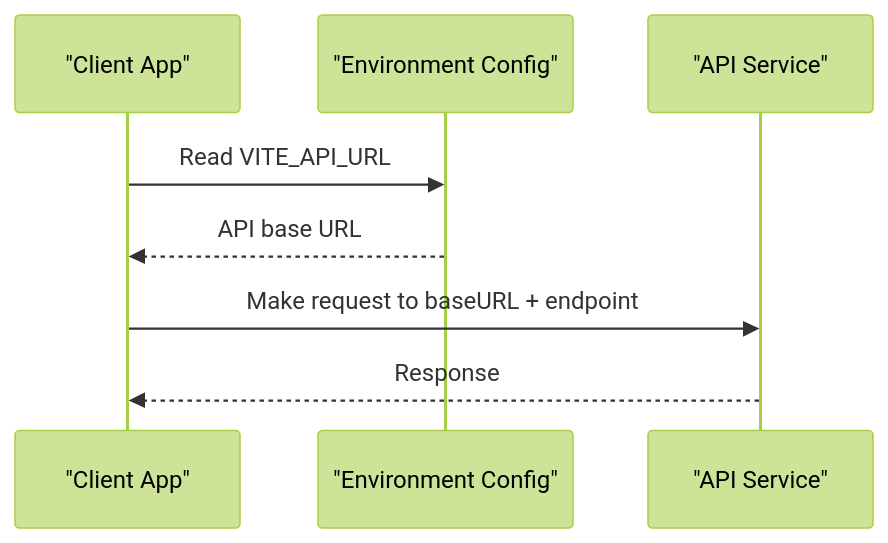
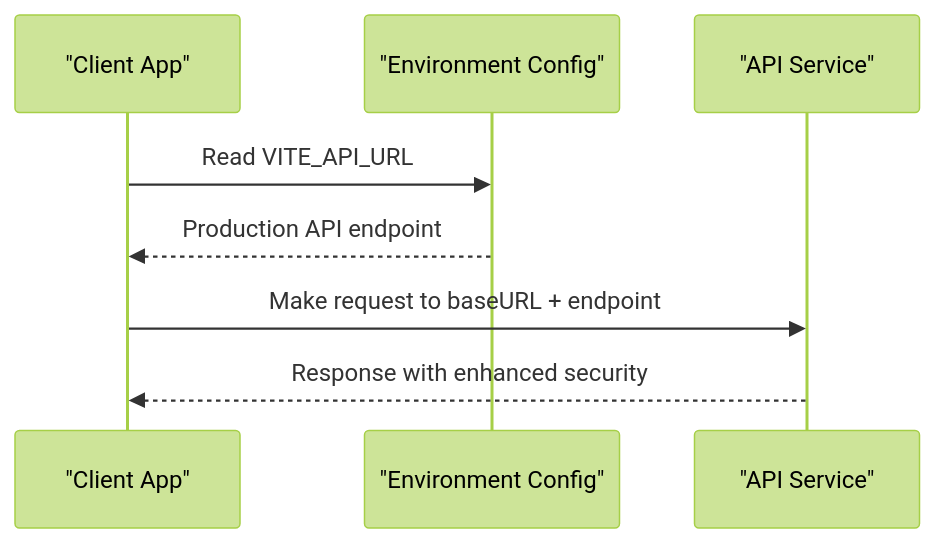
One commit to aayeshasiddiqah2611-pixel/flavora_ai_server changed the fifth of 9 diagrams in .qoder/repowiki/en/content/Deployment and Distribution/Deployment Configuration.md. Above: the diagram before and after it, drawn with Mermaid (forest theme). The commit also changed other lines of this file and 7 other files, not shown here.

````diff
--- a/.qoder/repowiki/en/content/Deployment and Distribution/Deployment Configuration.md
+++ b/.qoder/repowiki/en/content/Deployment and Distribution/Deployment Configuration.md
@@ -227,10 +228,10 @@
 ```mermaid
 sequenceDiagram
 participant Client as "Client App"
 participant Env as "Environment Config"
 participant API as "API Service"
 Client->>Env : Read VITE_API_URL
-Env-->>Client : API base URL
+Env-->>Client : Production API endpoint
 Client->>API : Make request to baseURL + endpoint
-API-->>Client : Response
+API-->>Client : Response with enhanced security
 ```
````
